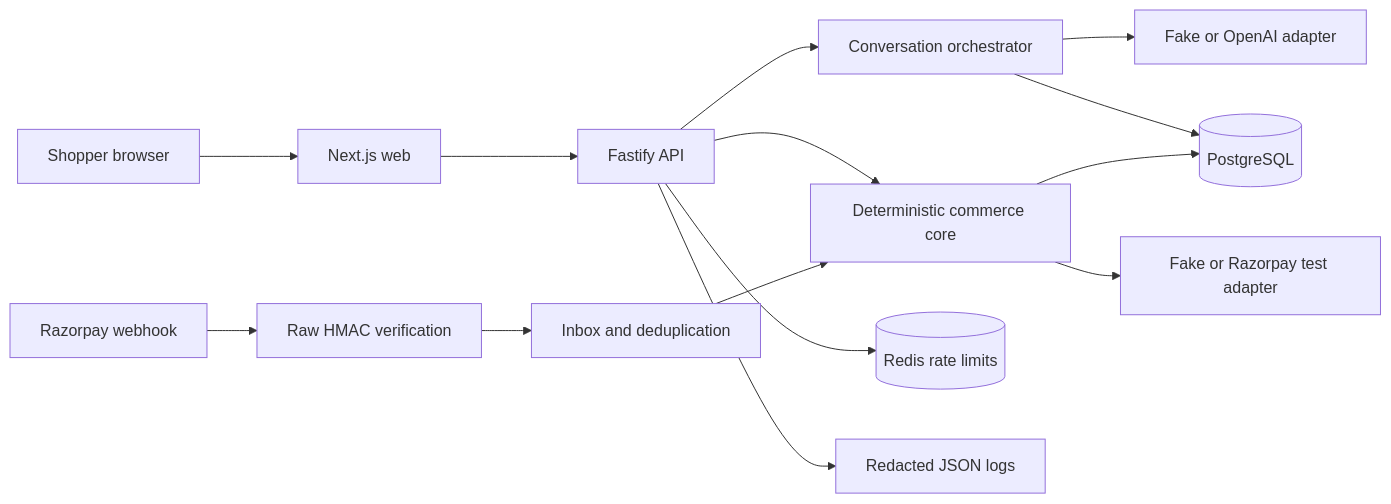
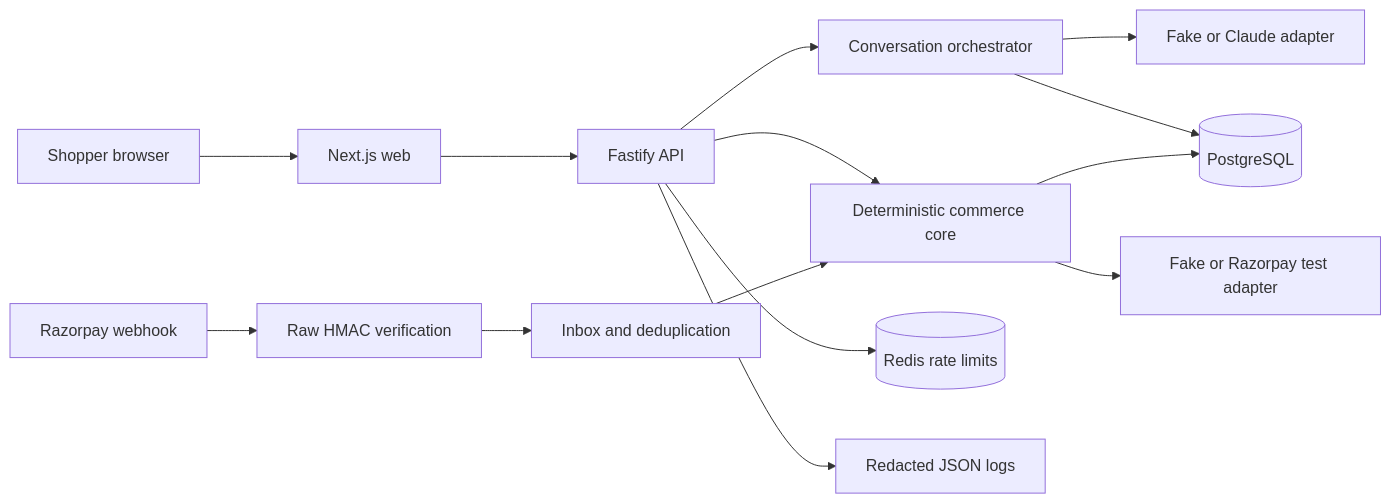
One commit to 1pizzaslice/shoppilot-agentic-commerce changed the diagram in docs/ARCHITECTURE.md. Above: the diagram before and after it, drawn with Mermaid. The commit also changed other lines of this file and 10 other files, not shown here.

````diff
--- a/docs/ARCHITECTURE.md
+++ b/docs/ARCHITECTURE.md
@@ -7,16 +7,16 @@
 ```mermaid
 flowchart LR
   B[Shopper browser] --> W[Next.js web]
   W --> A[Fastify API]
   A --> C[Conversation orchestrator]
-  C --> M[Fake or OpenAI adapter]
+  C --> M[Fake or Claude adapter]
   A --> D[Deterministic commerce core]
   C --> P[(PostgreSQL)]
   D --> P
   A --> R[(Redis rate limits)]
   D --> X[Fake or Razorpay test adapter]
   H[Razorpay webhook] --> V[Raw HMAC verification]
   V --> I[Inbox and deduplication]
   I --> D
   A --> L[Redacted JSON logs]
 ```
````
